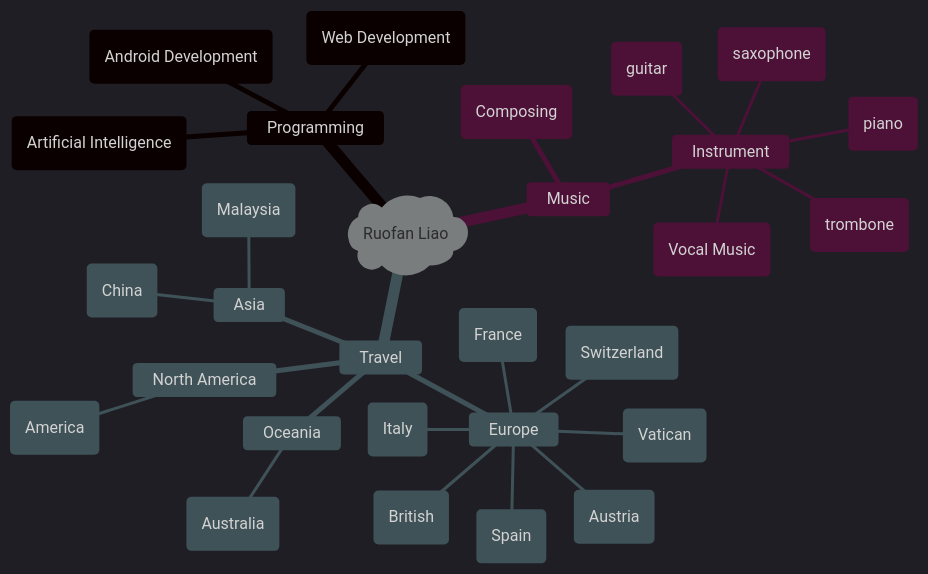
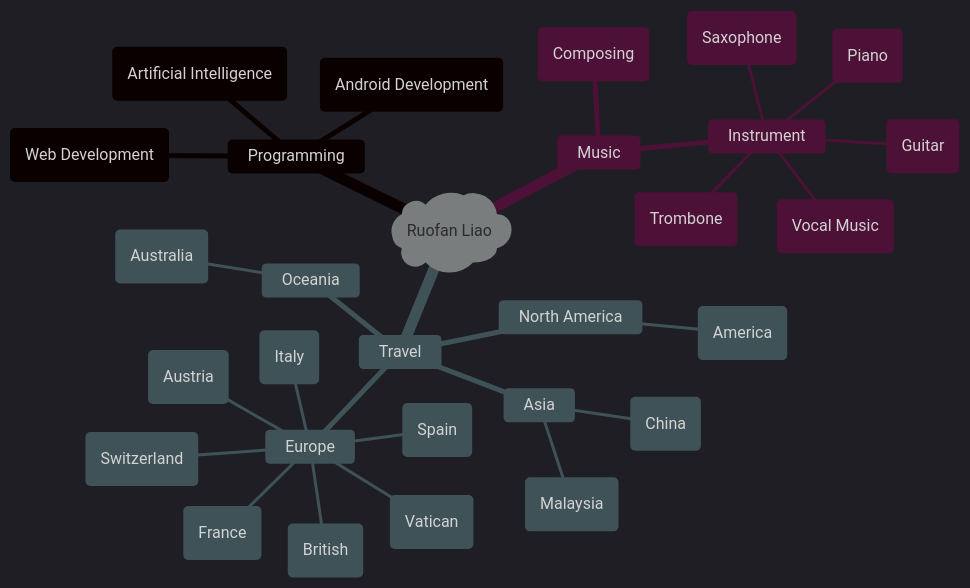
The diagram in README.md (LLLLLrf/LLLLLrf), drawn with Mermaid before and after one commit.

````diff
--- a/README.md
+++ b/README.md
@@ -138,34 +138,34 @@
 ```mermaid
 %%{init: {'theme':'dark'}}%%
 
 mindmap
   root)Ruofan Liao(
     Programming
       (Web Development)
       (Android Development)
       (Artificial Intelligence)
     Music
       (Composing)
       Instrument
-        (trombone)
-        (saxophone)
-        (guitar)
-        (piano)
+        (Trombone)
+        (Saxophone)
+        (Guitar)
+        (Piano)
         (Vocal Music)
     Travel
       Europe
          (British)
          (France)
          (Vatican)
          (Italy)
          (Switzerland)
          (Austria)
          (Spain)
       North America
          (America)
       Oceania
          (Australia)
       Asia
          (Malaysia)
          (China)
 ```
````
